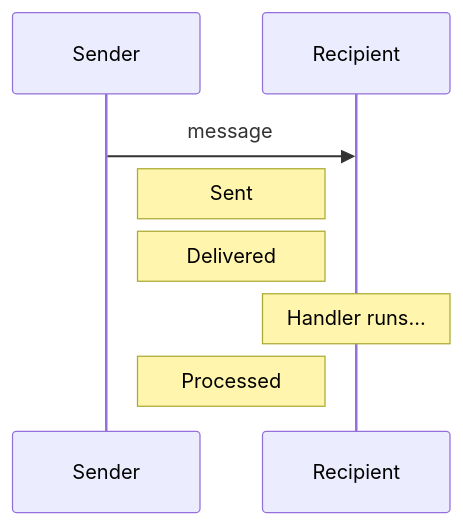
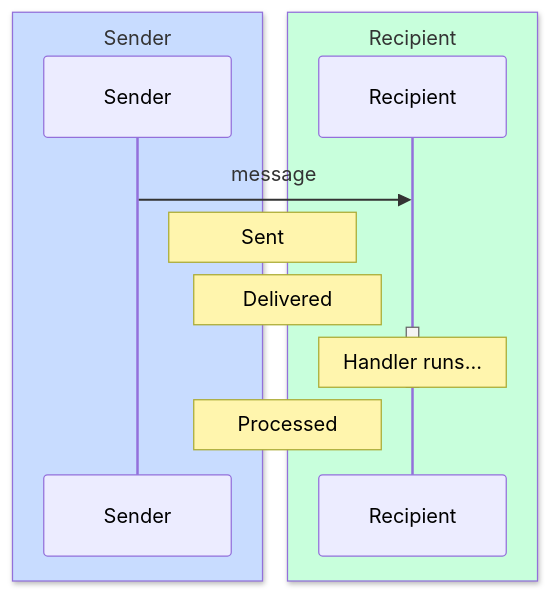
Before and after one commit to ergo-services/ergo: the second of 9 diagrams in docs/advanced/distributed-tracing.md, drawn with Mermaid. The commit also changed other lines of this file, not shown here.

````diff
--- a/docs/advanced/distributed-tracing.md
+++ b/docs/advanced/distributed-tracing.md
@@ -76,11 +76,17 @@
 ```mermaid
 sequenceDiagram
+    box rgb(200,220,255) Sender
     participant A as Sender
+    end
+    box rgb(200,255,220) Recipient
     participant B as Recipient
+    end
 
     A->>B: message
     Note right of A: Sent
     Note left of B: Delivered
+    activate B
     Note over B: Handler runs...
+    deactivate B
     Note left of B: Processed
 ```
````
